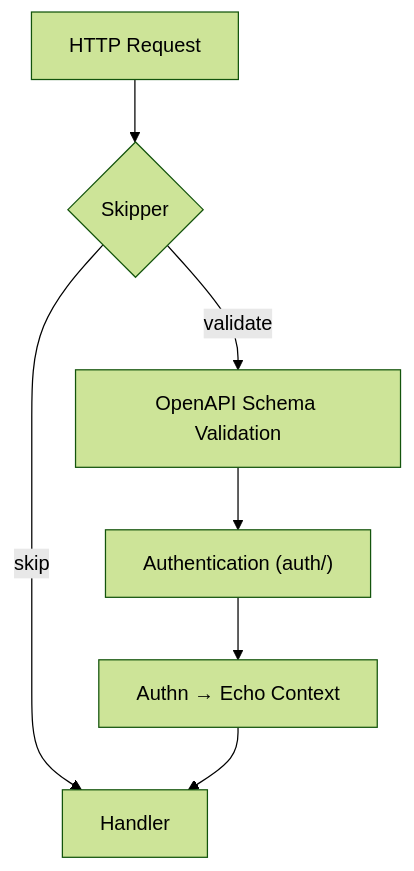
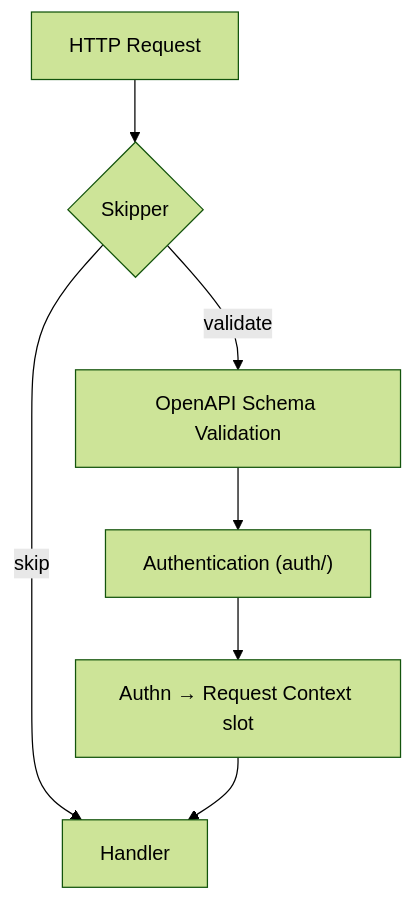
One commit to Tomy-ch/go-boilerplate changed the diagram in internal/controller/httpstack/oapi/README.md. Above: the diagram before and after it, drawn with Mermaid (forest theme). The commit also changed other lines of this file and 114 other files, not shown here.

````diff
--- a/internal/controller/httpstack/oapi/README.md
+++ b/internal/controller/httpstack/oapi/README.md
@@ -11,15 +11,15 @@
 ```mermaid
 flowchart TB
     Request["HTTP Request"]
     Skipper{"Skipper"}
     Validate["OpenAPI Schema Validation"]
     Auth["Authentication (auth/)"]
-    Authn["Authn → Echo Context"]
+    Authn["Authn → Request Context slot"]
     Handler["Handler"]
 
     Request --> Skipper
     Skipper -- skip --> Handler
     Skipper -- validate --> Validate
     Validate --> Auth
     Auth --> Authn --> Handler
 ```
````
